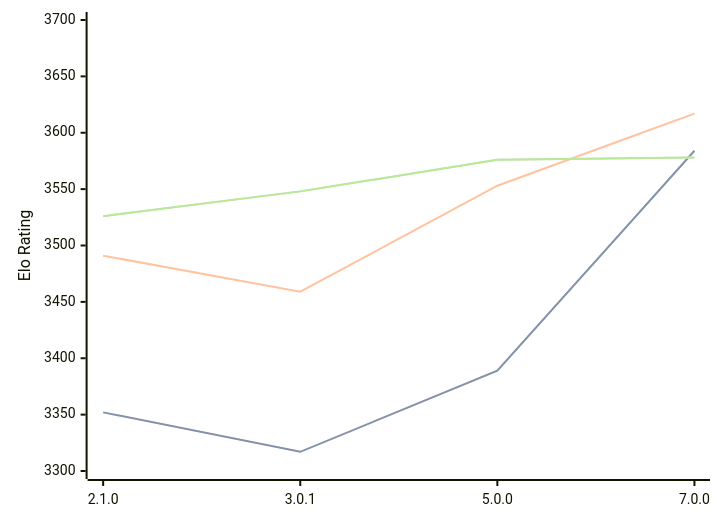
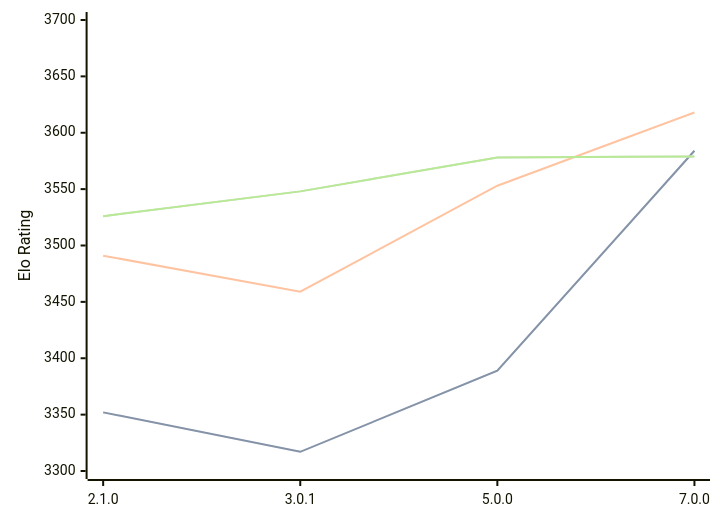
The diagram in engines/PlentyChess.md (computer-chess-index/cci), drawn with Mermaid before and after one commit. The commit also changed other lines of this file, not shown here.

Commit message:
Update CCI Ratings (ELO VLTC) - 2026-03-27

````diff
--- a/engines/PlentyChess.md
+++ b/engines/PlentyChess.md
@@ -45,11 +45,11 @@
 ```mermaid
 %%{init: {"theme":"base","themeVariables":{"seriesColors:['#a3a3a3','#222221','#faa371']}}}%%
 xychart-beta
   x-axis ["2.1.0", "3.0.1", "5.0.0", "7.0.0"]
   y-axis "Elo Rating" 3300 --> 3700
   line "STC (8.0+0.08s)" [3352, 3317, 3389, 3584]
   line "STC (8.0+0.08s)" [3352, 3317, 3389, 3584]
-  line "LTC (60.0+0.60s)" [3491, 3459, 3553, 3617]
-  line "VLTC (2m24s+1.12s)" [3526, 3548, 3576, 3578]
-  line "VLTC (2m24s+1.12s)" [3526, 3548, 3576, 3578]
+  line "LTC (60.0+0.60s)" [3491, 3459, 3553, 3618]
+  line "VLTC (2m24s+1.12s)" [3526, 3548, 3578, 3579]
+  line "VLTC (2m24s+1.12s)" [3526, 3548, 3578, 3579]
 ```
````
